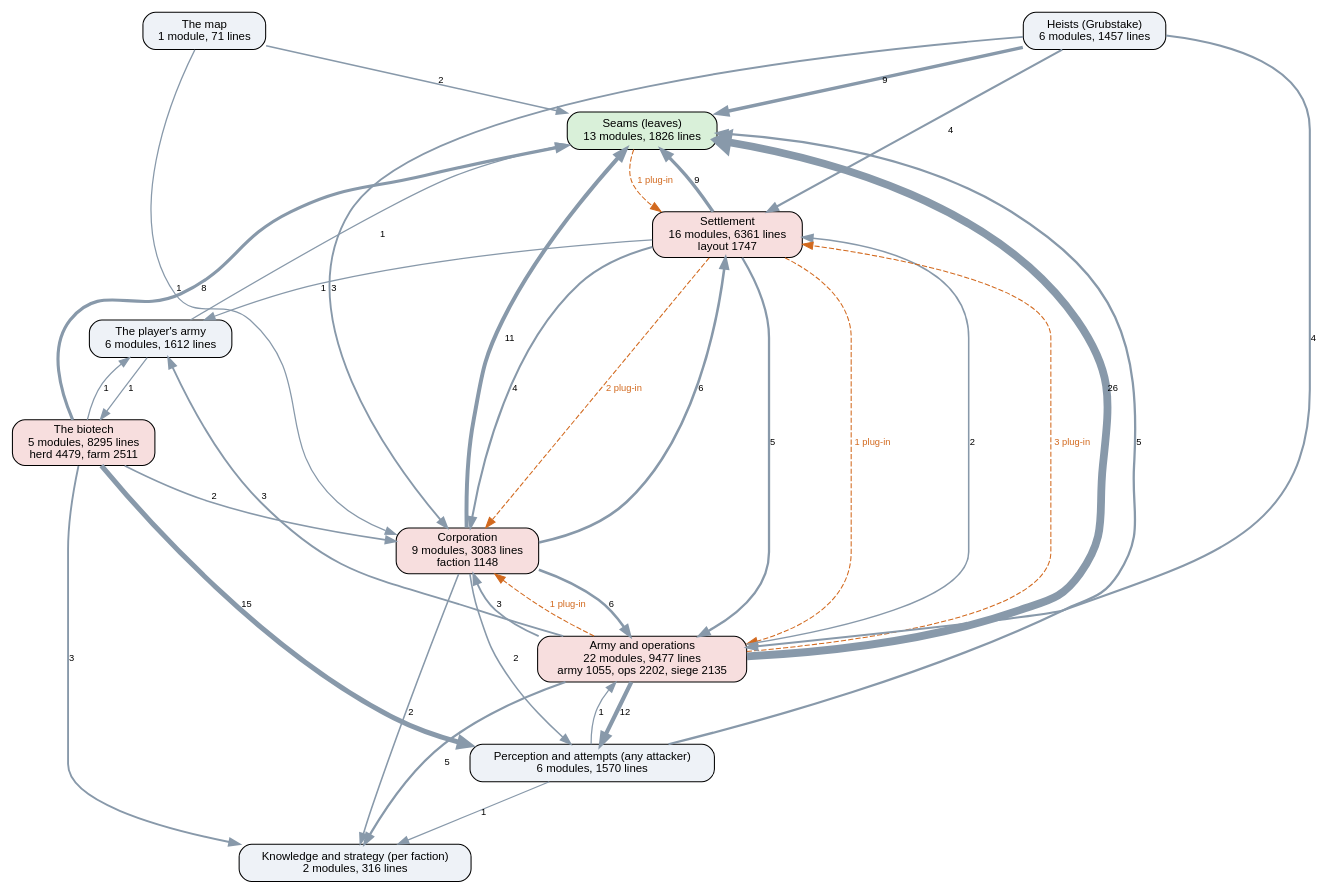
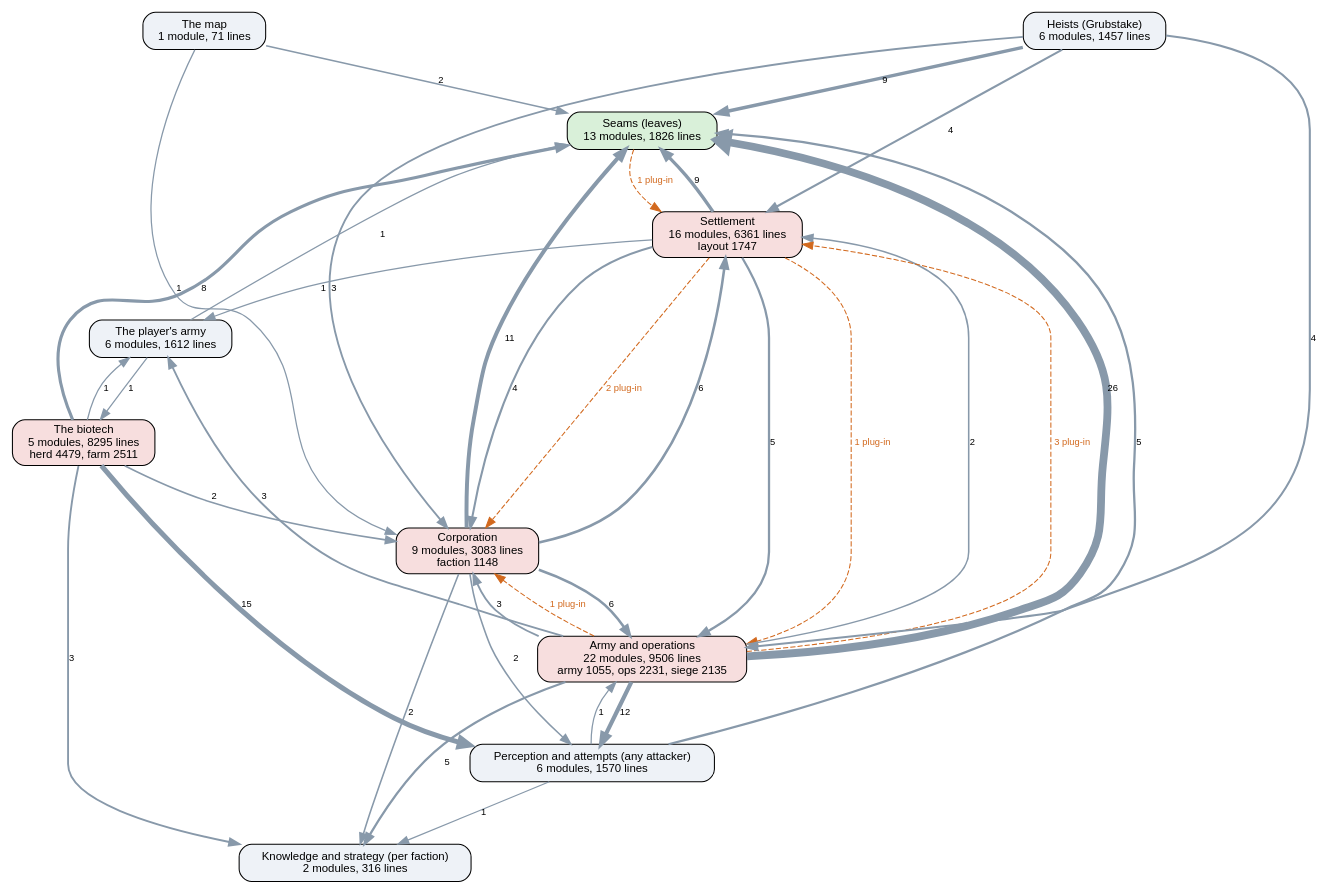
Before and after one commit to kinelhu/landing-party: the diagram in docs/ai-layers.dot, drawn with Graphviz. The commit also changed 12 other files, not shown here.

```diff
--- a/docs/ai-layers.dot
+++ b/docs/ai-layers.dot
@@ -1,51 +1,51 @@
 digraph layers {
   graph [rankdir=TB, fontname="Helvetica", nodesep=0.5, ranksep=0.7];
   node [shape=box, style="rounded,filled", fontname="Helvetica", fontsize=11, fillcolor="#eef2f7"];
   edge [color="#8899aa", fontname="Helvetica", fontsize=9];
   "Seams (leaves)" [label="Seams (leaves)\n13 modules, 1826 lines", fillcolor="#d9f0d9"];
   "Perception and attempts (any attacker)" [label="Perception and attempts (any attacker)\n6 modules, 1570 lines", fillcolor="#eef2f7"];
   "Knowledge and strategy (per faction)" [label="Knowledge and strategy (per faction)\n2 modules, 316 lines", fillcolor="#eef2f7"];
   "Corporation" [label="Corporation\n9 modules, 3083 lines\nfaction 1148", fillcolor="#f7dede"];
   "Settlement" [label="Settlement\n16 modules, 6361 lines\nlayout 1747", fillcolor="#f7dede"];
-  "Army and operations" [label="Army and operations\n22 modules, 9477 lines\narmy 1055, ops 2202, siege 2135", fillcolor="#f7dede"];
+  "Army and operations" [label="Army and operations\n22 modules, 9506 lines\narmy 1055, ops 2231, siege 2135", fillcolor="#f7dede"];
   "Heists (Grubstake)" [label="Heists (Grubstake)\n6 modules, 1457 lines", fillcolor="#eef2f7"];
   "The biotech" [label="The biotech\n5 modules, 8295 lines\nherd 4479, farm 2511", fillcolor="#f7dede"];
   "The map" [label="The map\n1 module, 71 lines", fillcolor="#eef2f7"];
   "The player's army" [label="The player's army\n6 modules, 1612 lines", fillcolor="#eef2f7"];
   "Army and operations" -> "Corporation" [label="3", penwidth=1.8];
   "Army and operations" -> "Knowledge and strategy (per faction)" [label="5", penwidth=2.2];
   "Army and operations" -> "Perception and attempts (any attacker)" [label="12", penwidth=4.0];
   "Army and operations" -> "Seams (leaves)" [label="26", penwidth=7.5];
   "Army and operations" -> "Settlement" [label="2", penwidth=1.5];
   "Army and operations" -> "The player's army" [label="3", penwidth=1.8];
   "Corporation" -> "Army and operations" [label="6", penwidth=2.5];
   "Corporation" -> "Knowledge and strategy (per faction)" [label="2", penwidth=1.5];
   "Corporation" -> "Perception and attempts (any attacker)" [label="2", penwidth=1.5];
   "Corporation" -> "Seams (leaves)" [label="11", penwidth=3.8];
   "Corporation" -> "Settlement" [label="6", penwidth=2.5];
   "Heists (Grubstake)" -> "Army and operations" [label="4", penwidth=2.0];
   "Heists (Grubstake)" -> "Corporation" [label="3", penwidth=1.8];
   "Heists (Grubstake)" -> "Seams (leaves)" [label="9", penwidth=3.2];
   "Heists (Grubstake)" -> "Settlement" [label="4", penwidth=2.0];
   "Perception and attempts (any attacker)" -> "Army and operations" [label="1", penwidth=1.2];
   "Perception and attempts (any attacker)" -> "Knowledge and strategy (per faction)" [label="1", penwidth=1.2];
   "Perception and attempts (any attacker)" -> "Seams (leaves)" [label="5", penwidth=2.2];
   "Settlement" -> "Army and operations" [label="5", penwidth=2.2];
   "Settlement" -> "Corporation" [label="4", penwidth=2.0];
   "Settlement" -> "Seams (leaves)" [label="9", penwidth=3.2];
   "Settlement" -> "The player's army" [label="1", penwidth=1.2];
   "The biotech" -> "Corporation" [label="2", penwidth=1.5];
   "The biotech" -> "Knowledge and strategy (per faction)" [label="3", penwidth=1.8];
   "The biotech" -> "Perception and attempts (any attacker)" [label="15", penwidth=4.8];
   "The biotech" -> "Seams (leaves)" [label="8", penwidth=3.0];
   "The biotech" -> "The player's army" [label="1", penwidth=1.2];
   "The map" -> "Corporation" [label="1", penwidth=1.2];
   "The map" -> "Seams (leaves)" [label="2", penwidth=1.5];
   "The player's army" -> "Seams (leaves)" [label="1", penwidth=1.2];
   "The player's army" -> "The biotech" [label="1", penwidth=1.2];
   "Army and operations" -> "Corporation" [style=dashed, color="#d2691e", fontcolor="#d2691e", label="1 plug-in"];
   "Army and operations" -> "Settlement" [style=dashed, color="#d2691e", fontcolor="#d2691e", label="3 plug-in"];
   "Seams (leaves)" -> "Settlement" [style=dashed, color="#d2691e", fontcolor="#d2691e", label="1 plug-in"];
   "Settlement" -> "Army and operations" [style=dashed, color="#d2691e", fontcolor="#d2691e", label="1 plug-in"];
   "Settlement" -> "Corporation" [style=dashed, color="#d2691e", fontcolor="#d2691e", label="2 plug-in"];
 }
```
